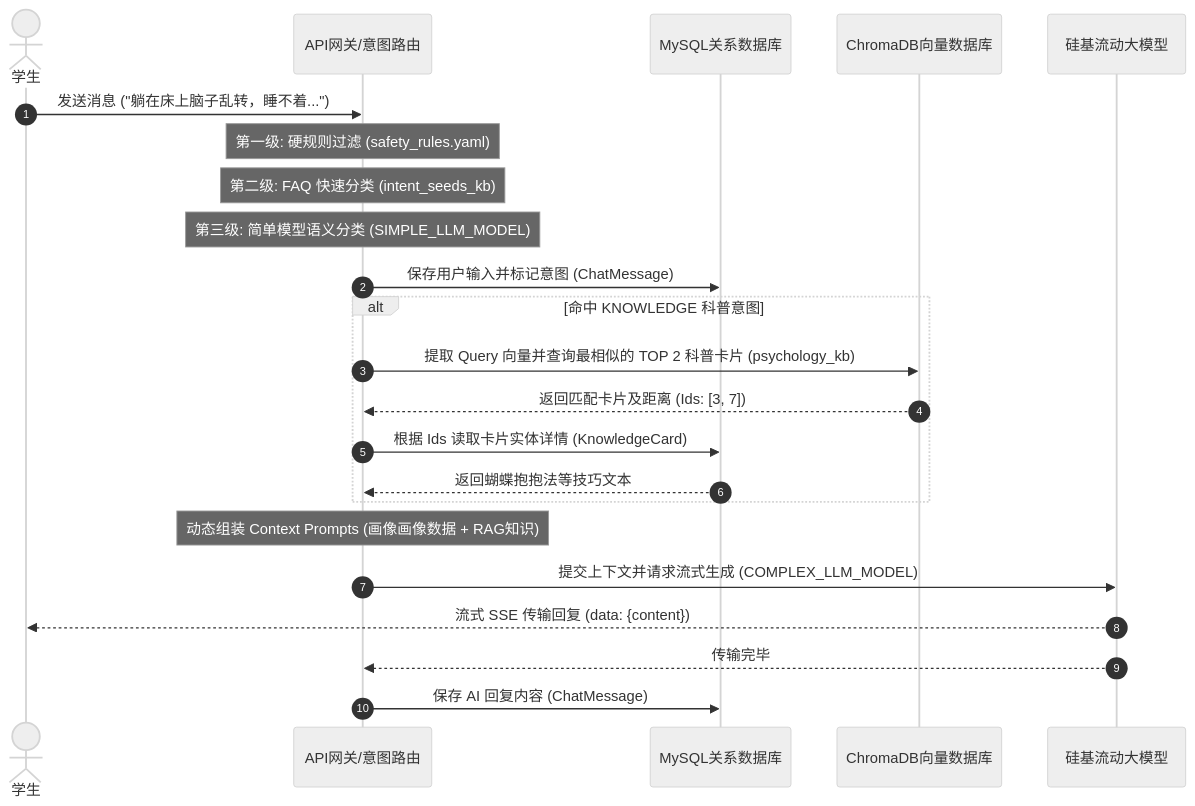
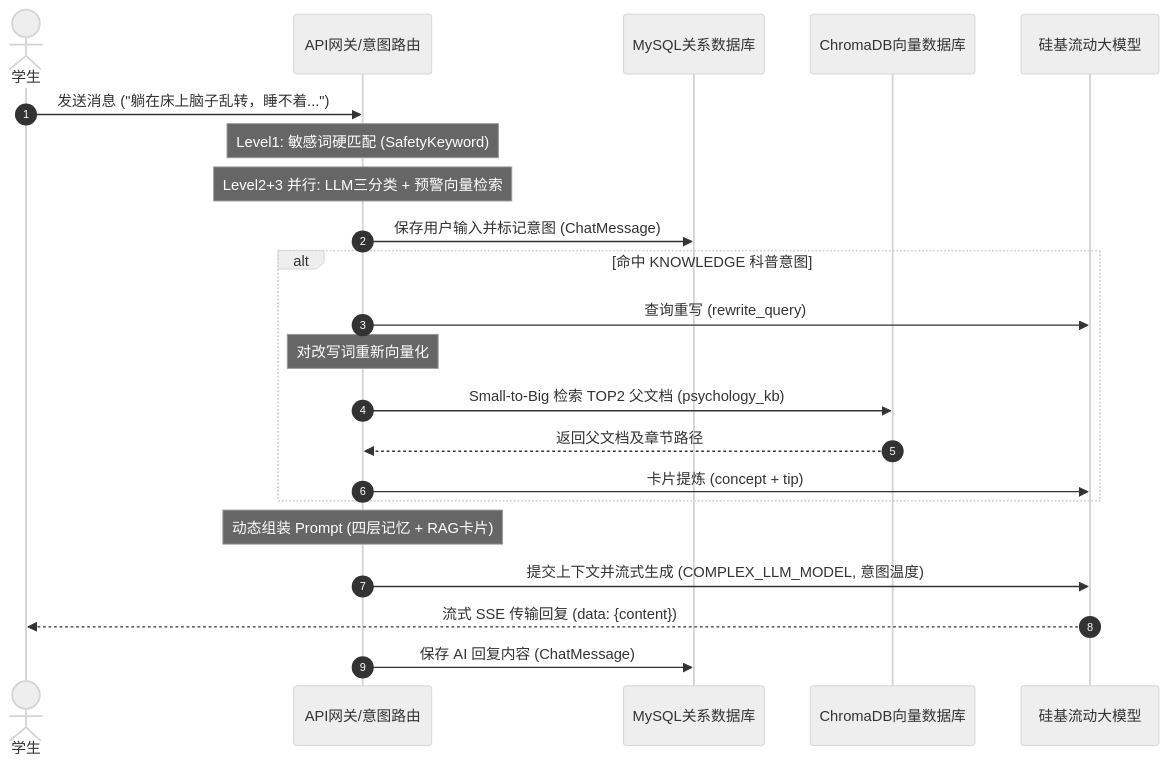
The diagram in docx/db_and_vector_schema.md (Wangzxu/MindEcho), drawn with Mermaid (neutral theme) before and after one commit. The commit also changed other lines of this file and 8 other files, not shown here.

````diff
--- a/docx/db_and_vector_schema.md
+++ b/docx/db_and_vector_schema.md
@@ -123,28 +136,27 @@
 ```mermaid
 sequenceDiagram
     autonumber
     actor 学生
     participant 网关 as API网关/意图路由
     participant MySQL as MySQL关系数据库
     participant Chroma as ChromaDB向量数据库
     participant LLM as 硅基流动大模型
 
     学生->>网关: 发送消息 ("躺在床上脑子乱转，睡不着...")
-    Note over 网关: 第一级: 硬规则过滤 (safety_rules.yaml)
-    Note over 网关: 第二级: FAQ 快速分类 (intent_seeds_kb)
-    Note over 网关: 第三级: 简单模型语义分类 (SIMPLE_LLM_MODEL)
+    Note over 网关: Level1: 敏感词硬匹配 (SafetyKeyword)
+    Note over 网关: Level2+3 并行: LLM三分类 + 预警向量检索
     网关->>MySQL: 保存用户输入并标记意图 (ChatMessage)
-    
+
     alt 命中 KNOWLEDGE 科普意图
-        网关->>Chroma: 提取 Query 向量并查询最相似的 TOP 2 科普卡片 (psychology_kb)
-        Chroma-->>网关: 返回匹配卡片及距离 (Ids: [3, 7])
-        网关->>MySQL: 根据 Ids 读取卡片实体详情 (KnowledgeCard)
-        MySQL-->>网关: 返回蝴蝶抱抱法等技巧文本
+        网关->>LLM: 查询重写 (rewrite_query)
+        Note over 网关: 对改写词重新向量化
+        网关->>Chroma: Small-to-Big 检索 TOP2 父文档 (psychology_kb)
+        Chroma-->>网关: 返回父文档及章节路径
+        网关->>LLM: 卡片提炼 (concept + tip)
     end
 
-    Note over 网关: 动态组装 Context Prompts (画像画像数据 + RAG知识)
-    网关->>LLM: 提交上下文并请求流式生成 (COMPLEX_LLM_MODEL)
+    Note over 网关: 动态组装 Prompt (四层记忆 + RAG卡片)
+    网关->>LLM: 提交上下文并流式生成 (COMPLEX_LLM_MODEL, 意图温度)
     LLM-->>学生: 流式 SSE 传输回复 (data: {content})
-    LLM-->>网关: 传输完毕
     网关->>MySQL: 保存 AI 回复内容 (ChatMessage)
 ```
````
